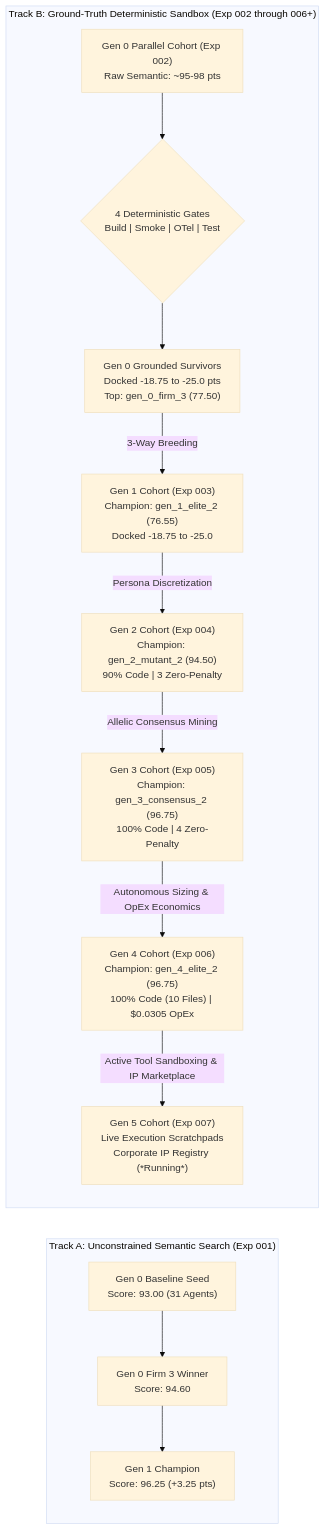
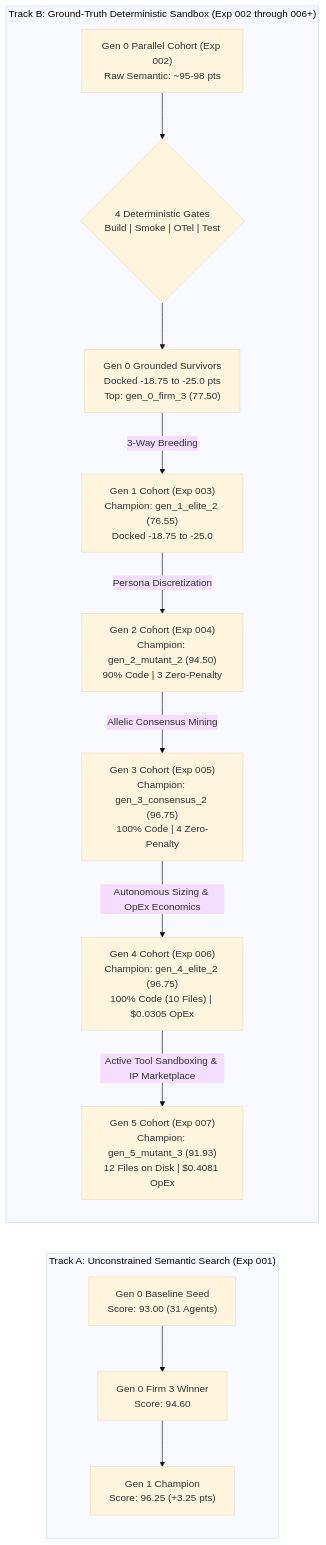
Before and after one commit to SinaChavoshi/hierarchical-agent-evolution: the diagram in experiments/README.md, drawn with Mermaid (base theme). The commit also changed other lines of this file and 24 other files, not shown here.

````diff
--- a/experiments/README.md
+++ b/experiments/README.md
@@ -31,24 +31,24 @@
 ```mermaid
 graph LR
     subgraph TrackA ["Track A: Unconstrained Semantic Search (Exp 001)"]
         Seed["Gen 0 Baseline Seed<br/>Score: 93.00 (31 Agents)"] --> Firm3["Gen 0 Firm 3 Winner<br/>Score: 94.60"]
         Firm3 --> Elite2["Gen 1 Champion<br/>Score: 96.25 (+3.25 pts)"]
     end
 
     subgraph TrackB ["Track B: Ground-Truth Deterministic Sandbox (Exp 002 through 006+)"]
         ParSeed["Gen 0 Parallel Cohort (Exp 002)<br/>Raw Semantic: ~95-98 pts"]
         Gates{"4 Deterministic Gates<br/>Build | Smoke | OTel | Test"}
         Penalized["Gen 0 Grounded Survivors<br/>Docked -18.75 to -25.0 pts<br/>Top: gen_0_firm_3 (77.50)"]
         Gen1Cohort["Gen 1 Cohort (Exp 003)<br/>Champion: gen_1_elite_2 (76.55)<br/>Docked -18.75 to -25.0"]
         Gen2Cohort["Gen 2 Cohort (Exp 004)<br/>Champion: gen_2_mutant_2 (94.50)<br/>90% Code | 3 Zero-Penalty"]
         Gen3Cohort["Gen 3 Cohort (Exp 005)<br/>Champion: gen_3_consensus_2 (96.75)<br/>100% Code | 4 Zero-Penalty"]
 
         ParSeed --> Gates
         Gates --> Penalized
         Penalized -->|3-Way Breeding| Gen1Cohort
         Gen1Cohort -->|Persona Discretization| Gen2Cohort
         Gen2Cohort -->|Allelic Consensus Mining| Gen3Cohort
         Gen3Cohort -->|Autonomous Sizing & OpEx Economics| Gen4Cohort["Gen 4 Cohort (Exp 006)<br/>Champion: gen_4_elite_2 (96.75)<br/>100% Code (10 Files) | $0.0305 OpEx"]
-        Gen4Cohort -->|Active Tool Sandboxing & IP Marketplace| Gen5Cohort["Gen 5 Cohort (Exp 007)<br/>Live Execution Scratchpads<br/>Corporate IP Registry (*Running*)"]
+        Gen4Cohort -->|Active Tool Sandboxing & IP Marketplace| Gen5Cohort["Gen 5 Cohort (Exp 007)<br/>Champion: gen_5_mutant_3 (91.93)<br/>12 Files on Disk | $0.4081 OpEx"]
     end
 ```
````
